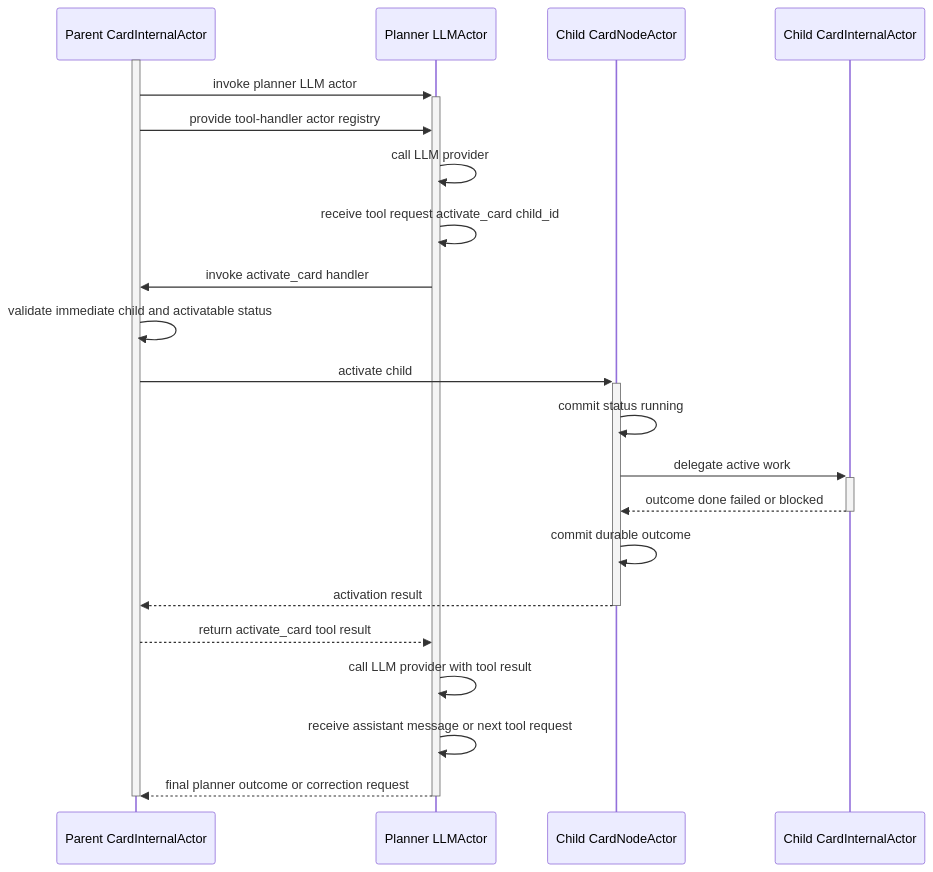
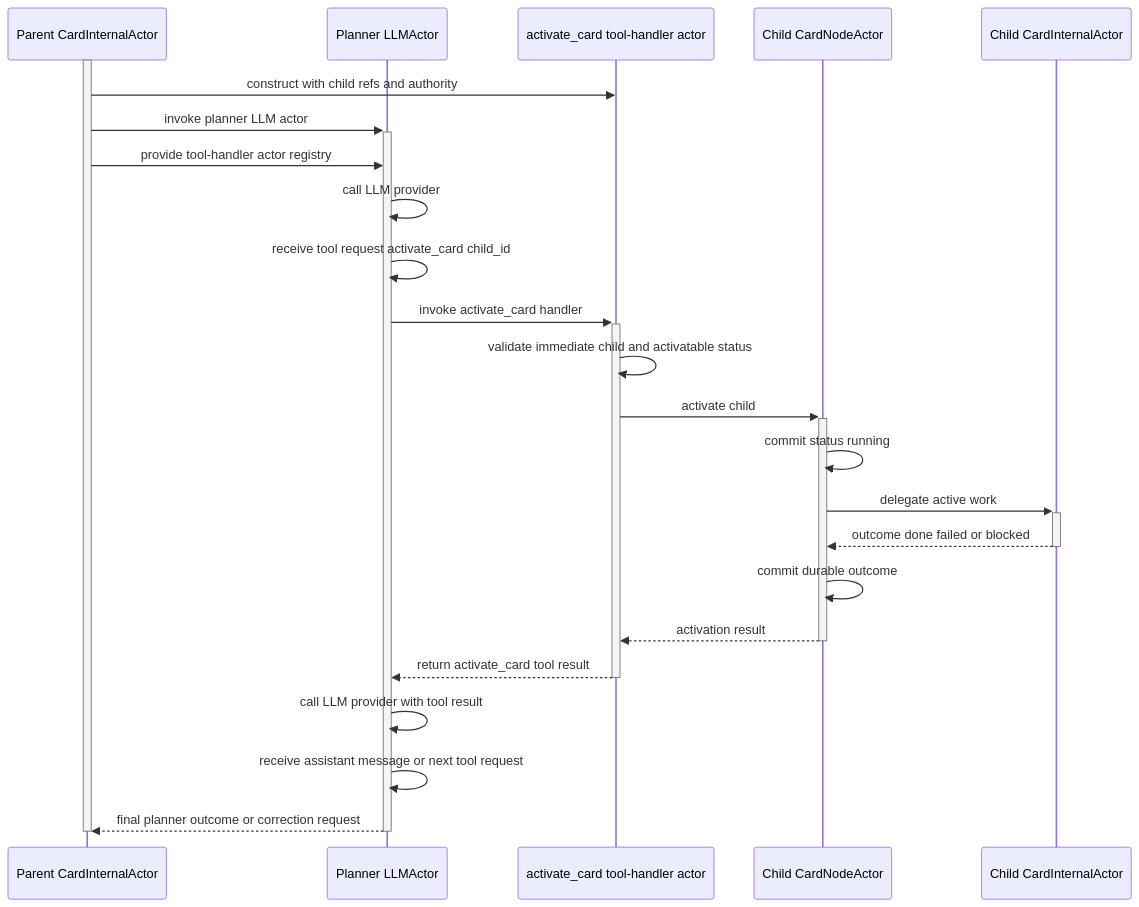
One commit to salva/saivage-v3 changed the second of 2 diagrams in docs/architecture/xstate-runtime-core.md. Above: the diagram before and after it, drawn with Mermaid. The commit also changed other lines of this file, not shown here.

Commit message:
docs: show tool handlers in actor tree

````diff
--- a/docs/architecture/xstate-runtime-core.md
+++ b/docs/architecture/xstate-runtime-core.md
@@ -126,26 +137,28 @@
 ```mermaid
 sequenceDiagram
   participant ParentInternal as Parent CardInternalActor
   participant PlannerLlm as Planner LLMActor
+  participant ActivateHandler as activate_card tool-handler actor
   participant ChildNode as Child CardNodeActor
   participant ChildInternal as Child CardInternalActor
 
   activate ParentInternal
+  ParentInternal->>ActivateHandler: construct with child refs and authority
   ParentInternal->>+PlannerLlm: invoke planner LLM actor
   ParentInternal->>PlannerLlm: provide tool-handler actor registry
   PlannerLlm->>PlannerLlm: call LLM provider
   PlannerLlm->>PlannerLlm: receive tool request activate_card child_id
-  PlannerLlm->>ParentInternal: invoke activate_card handler
-  ParentInternal->>ParentInternal: validate immediate child and activatable status
-  ParentInternal->>+ChildNode: activate child
+  PlannerLlm->>+ActivateHandler: invoke activate_card handler
+  ActivateHandler->>ActivateHandler: validate immediate child and activatable status
+  ActivateHandler->>+ChildNode: activate child
   ChildNode->>ChildNode: commit status running
   ChildNode->>+ChildInternal: delegate active work
   ChildInternal-->>-ChildNode: outcome done failed or blocked
   ChildNode->>ChildNode: commit durable outcome
-  ChildNode-->>-ParentInternal: activation result
-  ParentInternal-->>PlannerLlm: return activate_card tool result
+  ChildNode-->>-ActivateHandler: activation result
+  ActivateHandler-->>-PlannerLlm: return activate_card tool result
   PlannerLlm->>PlannerLlm: call LLM provider with tool result
   PlannerLlm->>PlannerLlm: receive assistant message or next tool request
   PlannerLlm-->>-ParentInternal: final planner outcome or correction request
   deactivate ParentInternal
 ```
````
